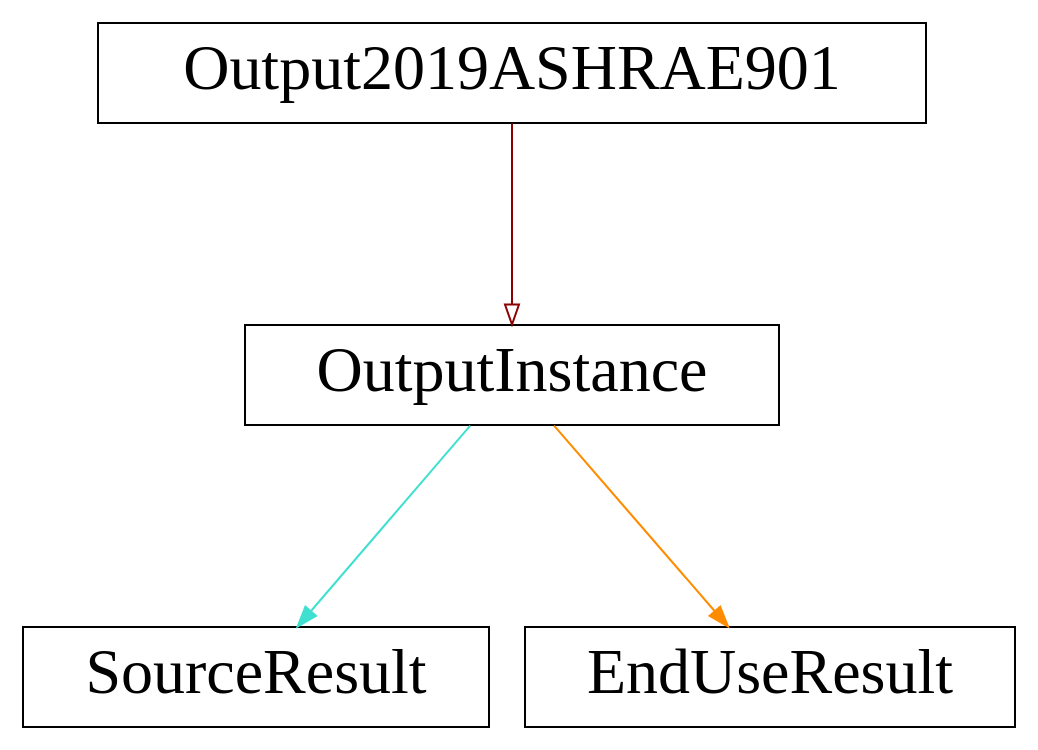
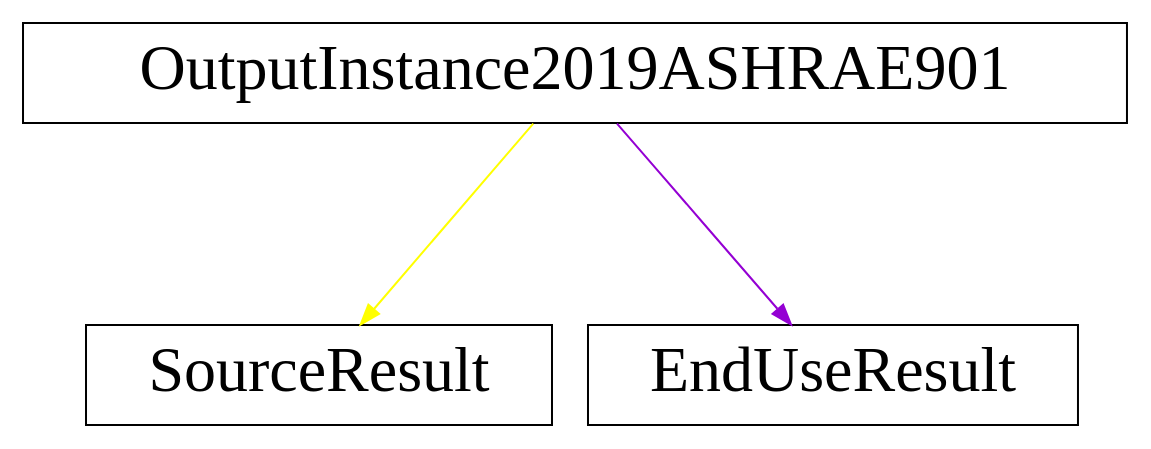
One commit to open229/ruleset-model-report-schema changed the diagram in docs229/Output2019ASHRAE901_connect.gv. Above: the diagram before and after it, drawn with Graphviz. The commit also changed 25 other files, not shown here.

```diff
--- a/docs229/Output2019ASHRAE901_connect.gv
+++ b/docs229/Output2019ASHRAE901_connect.gv
@@ -1,11 +1,9 @@
 digraph G {
     size="10, 10";
     ranksep="1.4";
-  Output2019ASHRAE901 -> OutputInstance [arrowhead=empty color="darkred"]
-  Output2019ASHRAE901[fontsize="32" shape="box" height="0.7"]
-  OutputInstance[fontsize="32" shape="box" height="0.7"]
-  OutputInstance -> SourceResult [color="turquoise"]
+  OutputInstance2019ASHRAE901 -> SourceResult [color="yellow"]
+  OutputInstance2019ASHRAE901[fontsize="32" shape="box" height="0.7"]
   SourceResult[fontsize="32" shape="box" height="0.7"]
-  OutputInstance -> EndUseResult [color="darkorange"]
+  OutputInstance2019ASHRAE901 -> EndUseResult [color="darkviolet"]
   EndUseResult[fontsize="32" shape="box" height="0.7"]
 }
```
